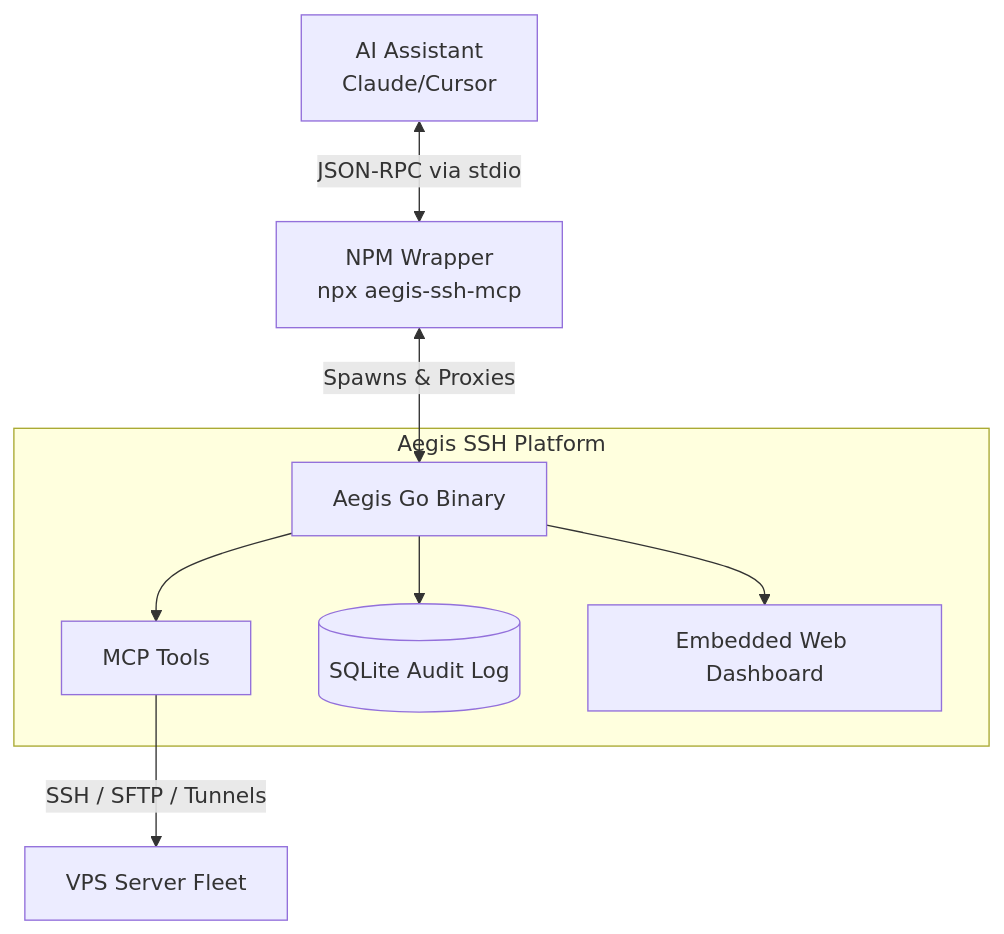
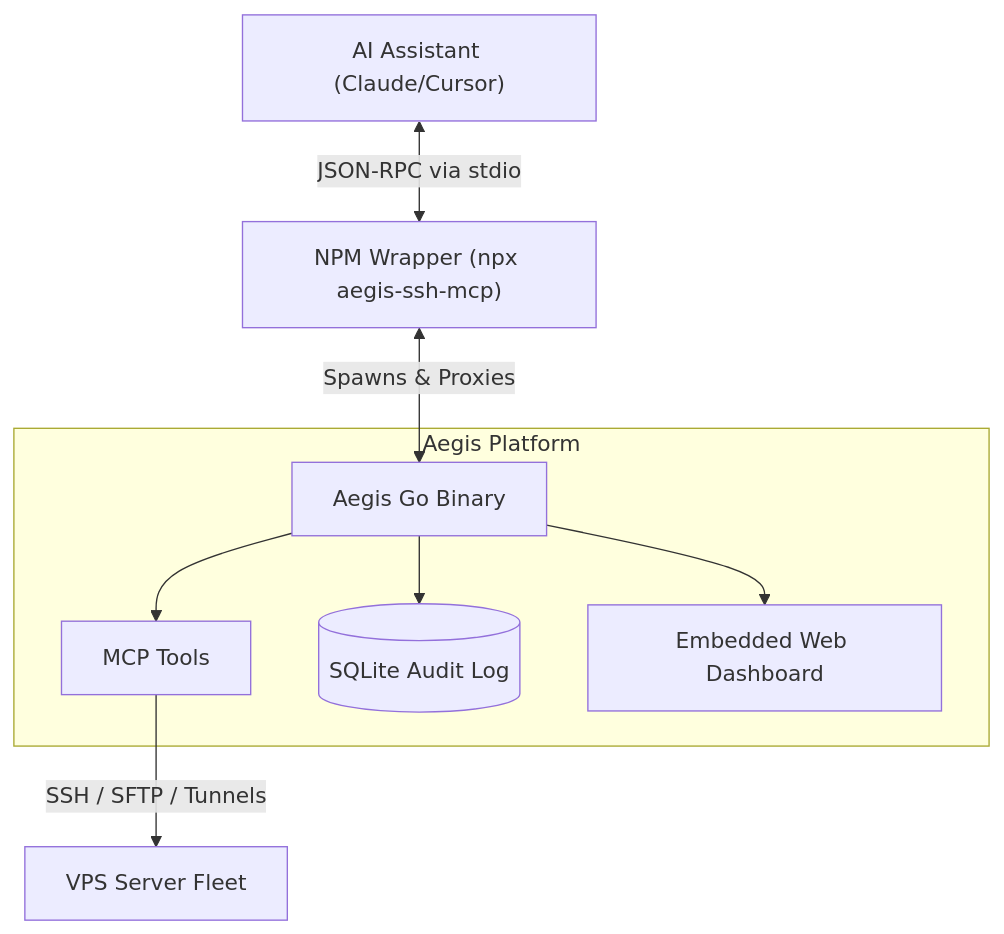
Before and after one commit to LuxVTZ/aegis-ssh: the diagram in README.md, drawn with Mermaid.

Commit message:
docs: fix mermaid syntax

````diff
--- a/README.md
+++ b/README.md
@@ -95,13 +95,13 @@
 ```mermaid
 graph TD
-    AI[AI Assistant <br/> Claude/Cursor] <-->|JSON-RPC via stdio| NPM[NPM Wrapper <br/> npx aegis-ssh-mcp]
-    NPM <-->|Spawns & Proxies| Core[Aegis Go Binary]
+    AI["AI Assistant (Claude/Cursor)"] <-->|"JSON-RPC via stdio"| NPM["NPM Wrapper (npx aegis-ssh-mcp)"]
+    NPM <-->|"Spawns & Proxies"| Core["Aegis Go Binary"]
     
-    subgraph Aegis SSH Platform
-        Core --> Tools[MCP Tools]
-        Core --> DB[(SQLite Audit Log)]
-        Core --> Web[Embedded Web Dashboard]
+    subgraph Aegis Platform
+        Core --> Tools["MCP Tools"]
+        Core --> DB[("SQLite Audit Log")]
+        Core --> Web["Embedded Web Dashboard"]
     end
     
-    Tools -->|SSH / SFTP / Tunnels| Fleet[VPS Server Fleet]
+    Tools -->|"SSH / SFTP / Tunnels"| Fleet["VPS Server Fleet"]
 ```
````
